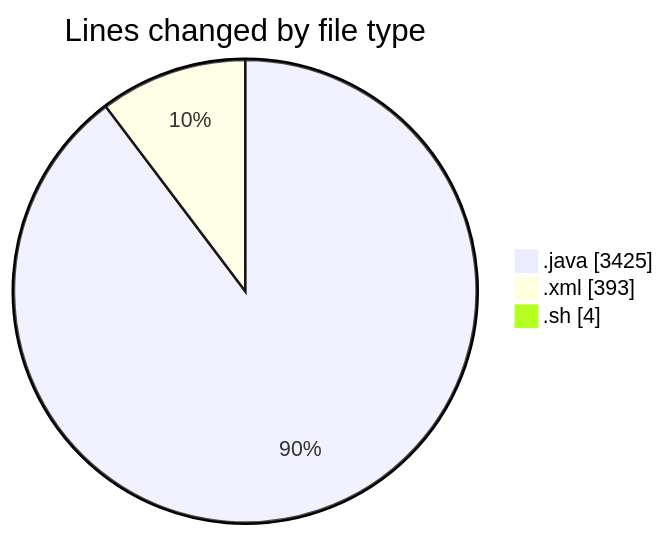
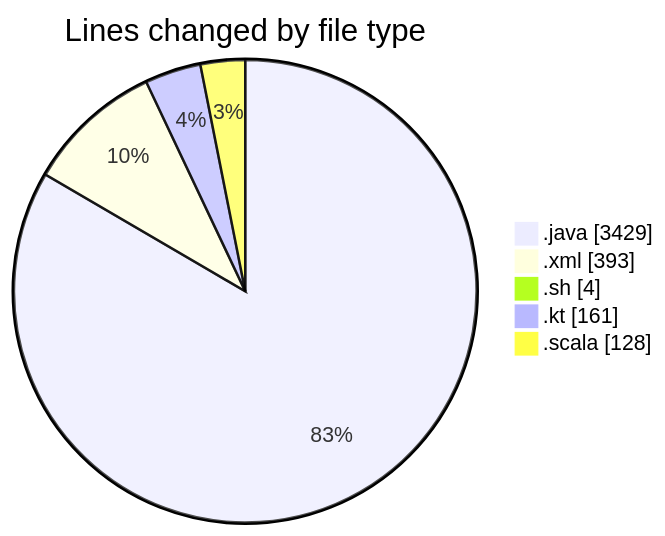
The first of 2 diagrams in 2025-03-09/jmasm/README.md (charlie-sans/code-tracking), drawn with Mermaid before and after one commit. The commit also changed other lines of this file and 1 other file, not shown here.

````diff
--- a/2025-03-09/jmasm/README.md
+++ b/2025-03-09/jmasm/README.md
@@ -31,7 +33,9 @@
 ```mermaid
 pie showData
 title Lines changed by file type
-".java" : 3425
+".java" : 3429
 ".xml" : 393
 ".sh" : 4
+".kt" : 161
+".scala" : 128
 ```
````
